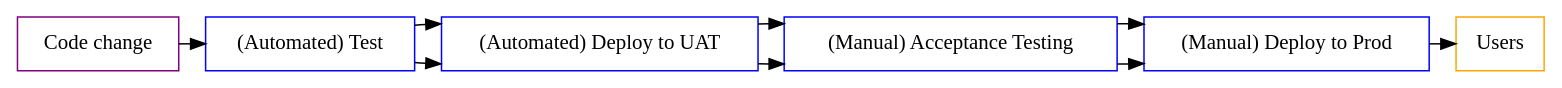
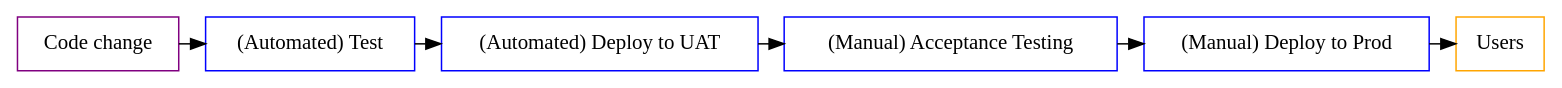
One commit to atsaloli/cicd changed the diagram in img/lab-pipeline.dot. Above: the diagram before and after it, drawn with Graphviz. The commit also changed 1 other file, not shown here.

```diff
--- a/img/lab-pipeline.dot
+++ b/img/lab-pipeline.dot
@@ -1,19 +1,20 @@
 digraph G {
   node [ shape = box ];
 
   code [ label = "Code change"      color = purple style = filled fillcolor = white ]
 
   subgraph pipeline {
     test [ label = "(Automated) Test" color = blue style = filled fillcolor = white ]
     deploy_uat [ label = "(Automated) Deploy to UAT" color = blue style = filled fillcolor = white ]
     uat_test [ label = "(Manual) Acceptance Testing" color = blue style = filled fillcolor = white ]
     deploy_prod [ label = "(Manual) Deploy to Prod" color = blue style = filled fillcolor = white ]
     label = "CI/CD Pipeline";
     style = filled;
   test -> deploy_uat -> uat_test -> deploy_prod [constraint=false]; 
   }
 
   users [ label = "Users"      color = orange style = filled fillcolor = white ]
 
-  code -> test -> deploy_uat -> uat_test -> deploy_prod -> users [constraint=false]; 
+  code -> test [constraint=false];
+  deploy_prod -> users [constraint=false]; 
 }
```
